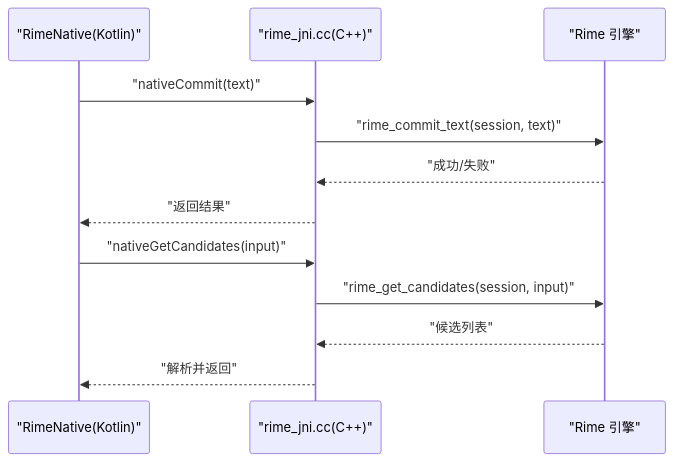
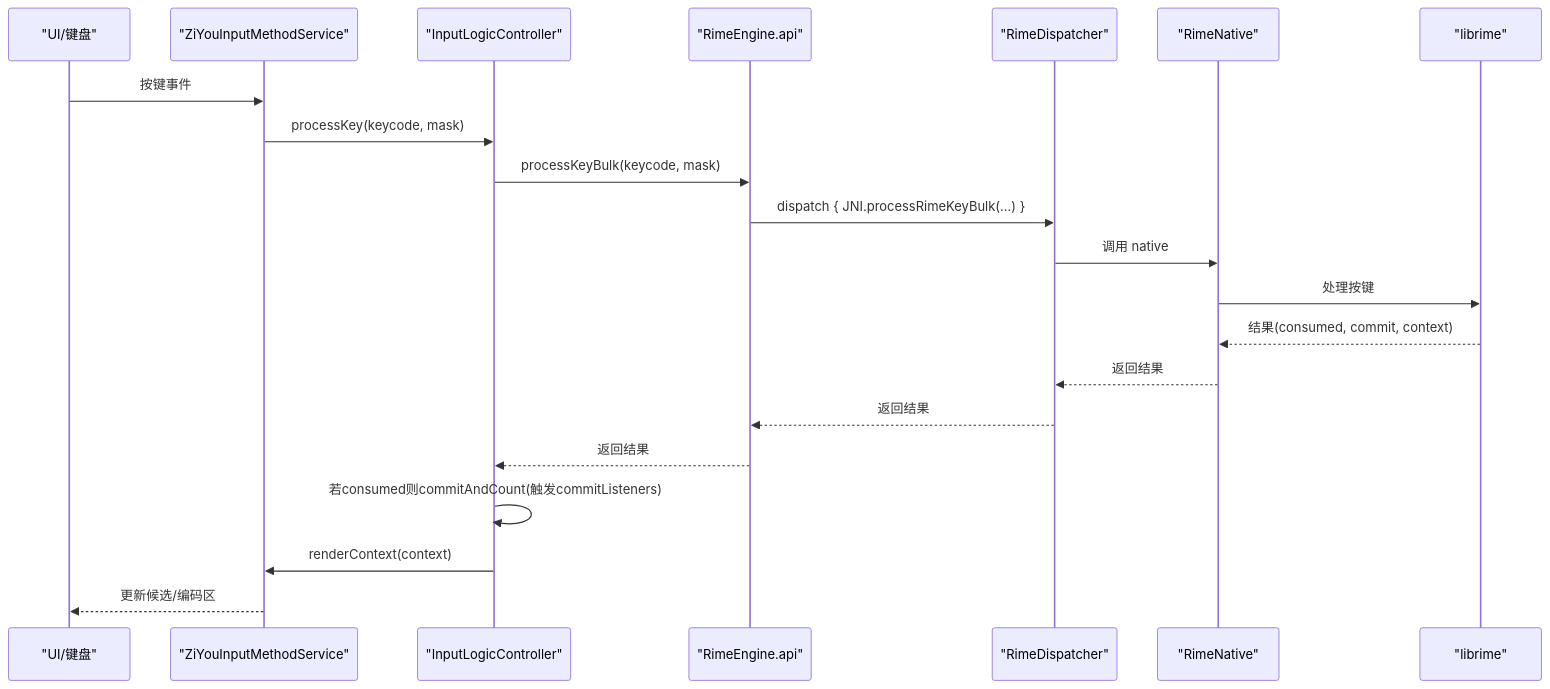
The fourth of 9 diagrams in .qoder/repowiki/zh/content/架构设计/整体架构概览.md (qiaodashaoye/ziyou-ime), drawn with Mermaid before and after one commit. The commit also changed other lines of this file and 407 other files, not shown here.

````diff
--- a/.qoder/repowiki/zh/content/架构设计/整体架构概览.md
+++ b/.qoder/repowiki/zh/content/架构设计/整体架构概览.md
@@ -313,14 +223,23 @@
 ```mermaid
 sequenceDiagram
-participant Core as "RimeNative(Kotlin)"
-participant JNI as "rime_jni.cc(C++)"
-participant Rime as "Rime 引擎"
-Core->>JNI : "nativeCommit(text)"
-JNI->>Rime : "rime_commit_text(session, text)"
-Rime-->>JNI : "成功/失败"
-JNI-->>Core : "返回结果"
-Core->>JNI : "nativeGetCandidates(input)"
-JNI->>Rime : "rime_get_candidates(session, input)"
-Rime-->>JNI : "候选列表"
-JNI-->>Core : "解析并返回"
+participant UI as "UI/键盘"
+participant IMS as "ZiYouInputMethodService"
+participant IL as "InputLogicController"
+participant RE as "RimeEngine.api"
+participant RD as "RimeDispatcher"
+participant JNI as "RimeNative"
+participant LIB as "librime"
+UI->>IMS : 按键事件
+IMS->>IL : processKey(keycode, mask)
+IL->>RE : processKeyBulk(keycode, mask)
+RE->>RD : dispatch { JNI.processRimeKeyBulk(...) }
+RD->>JNI : 调用 native
+JNI->>LIB : 处理按键
+LIB-->>JNI : 结果(consumed, commit, context)
+JNI-->>RD : 返回结果
+RD-->>RE : 返回结果
+RE-->>IL : 返回结果
+IL->>IL : 若consumed则commitAndCount(触发commitListeners)
+IL->>IMS : renderContext(context)
+IMS-->>UI : 更新候选/编码区
 ```
````
